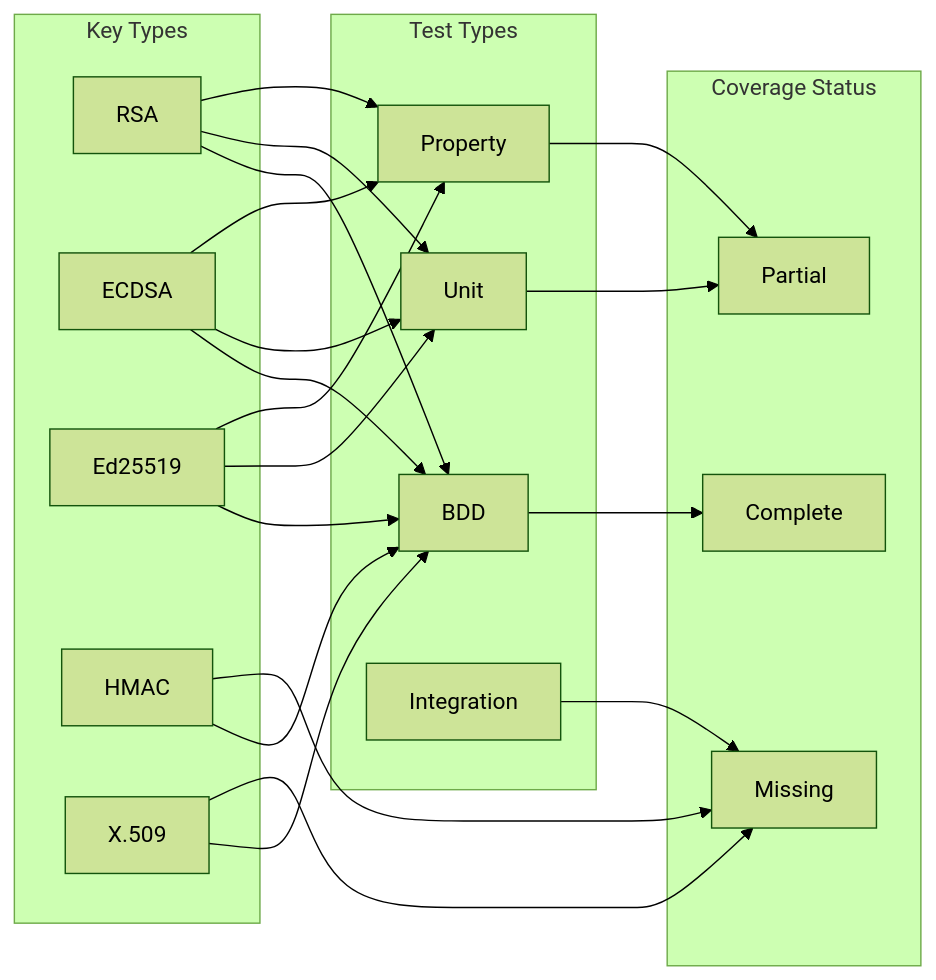
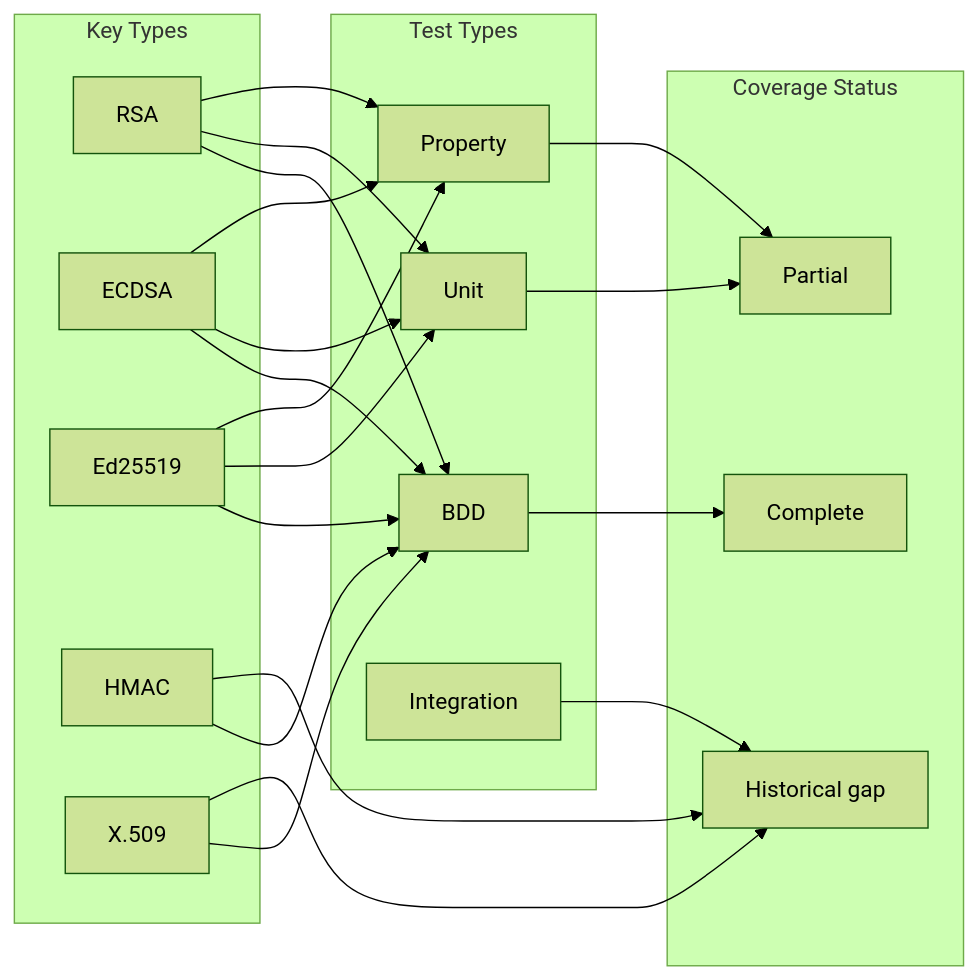
Before and after one commit to EffortlessMetrics/uselesskey-swarm: the second of 4 diagrams in docs/internal/test-architecture-diagram.md, drawn with Mermaid (forest theme). The commit also changed other lines of this file, not shown here.

First line of the commit message:
docs: clarify historical test architecture diagram

````diff
--- a/docs/internal/test-architecture-diagram.md
+++ b/docs/internal/test-architecture-diagram.md
@@ -130,46 +133,46 @@
 ```mermaid
 graph LR
     subgraph Key Types
         K1[RSA]
         K2[ECDSA]
         K3[Ed25519]
         K4[HMAC]
         K5[X.509]
     end
 
     subgraph Test Types
         T1[BDD]
         T2[Unit]
         T3[Property]
         T4[Integration]
     end
 
     subgraph Coverage Status
         C1[Complete]
         C2[Partial]
-        C3[Missing]
+        C3[Historical gap]
     end
 
     K1 --> T1
     K1 --> T2
     K1 --> T3
 
     K2 --> T1
     K2 --> T2
     K2 --> T3
 
     K3 --> T1
     K3 --> T2
     K3 --> T3
 
     K4 --> T1
     K4 --> C3
 
     K5 --> T1
     K5 --> C3
 
     T1 --> C1
     T2 --> C2
     T3 --> C2
     T4 --> C3
 ```
````
